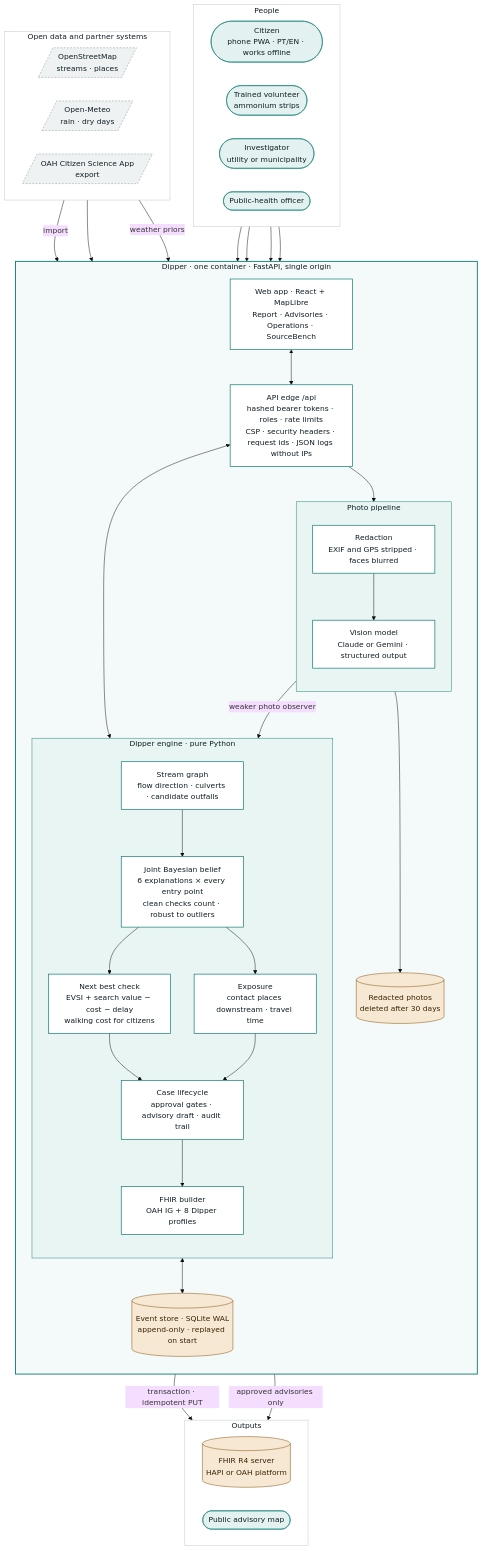
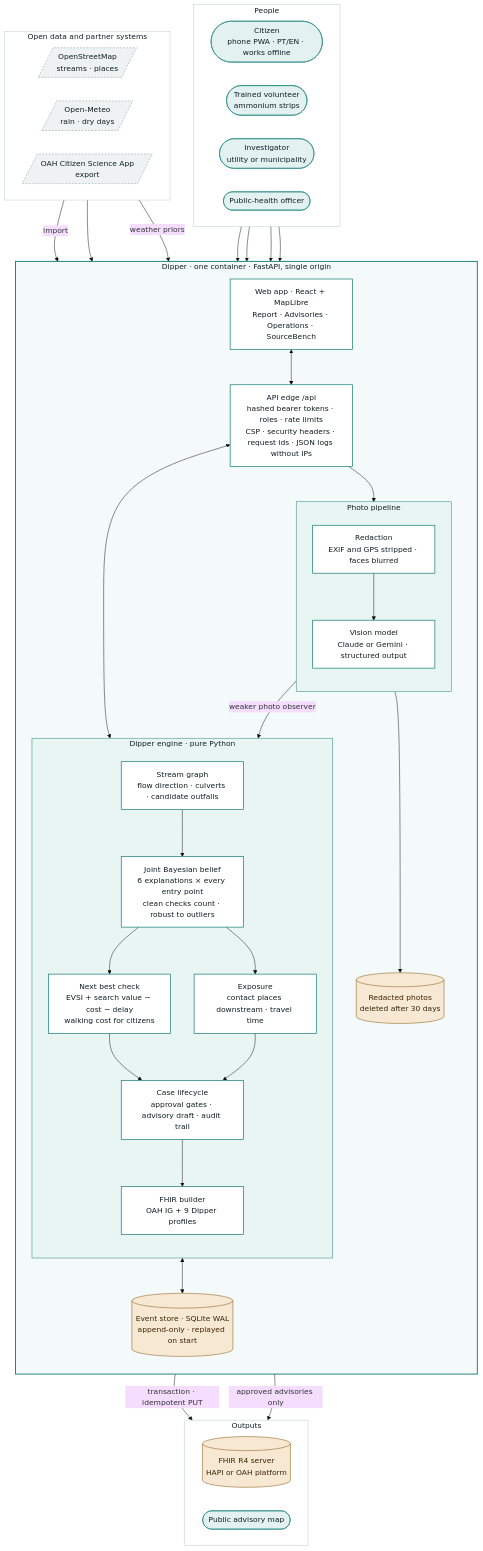
Before and after one commit to TusharTechs/dipper: the first of 3 diagrams in README.md, drawn with Mermaid (base theme). The commit also changed other lines of this file and 22 other files, not shown here.

````diff
--- a/README.md
+++ b/README.md
@@ -90,80 +90,80 @@
 ```mermaid
 flowchart TB
   subgraph people["People"]
     direction LR
     cit(["Citizen<br/>phone PWA · PT/EN · works offline"])
     vol(["Trained volunteer<br/>ammonium strips"])
     inv(["Investigator<br/>utility or municipality"])
     ph(["Public-health officer"])
   end
 
   subgraph dipper["Dipper · one container · FastAPI, single origin"]
     direction TB
     web["Web app · React + MapLibre<br/>Report · Advisories · Operations · SourceBench"]
     edge["API edge /api<br/>hashed bearer tokens · roles · rate limits<br/>CSP · security headers · request ids · JSON logs without IPs"]
 
     subgraph photo["Photo pipeline"]
       direction TB
       redact["Redaction<br/>EXIF and GPS stripped · faces blurred"]
       vision["Vision model<br/>Claude or Gemini · structured output"]
     end
 
     subgraph engine["Dipper engine · pure Python"]
       direction TB
       sgraph["Stream graph<br/>flow direction · culverts · candidate outfalls"]
       belief["Joint Bayesian belief<br/>6 explanations × every entry point<br/>clean checks count · robust to outliers"]
       voi["Next best check<br/>EVSI + search value − cost − delay<br/>walking cost for citizens"]
       expo["Exposure<br/>contact places downstream · travel time"]
       lifecycle["Case lifecycle<br/>approval gates · advisory draft · audit trail"]
-      fhirb["FHIR builder<br/>OAH IG + 8 Dipper profiles"]
+      fhirb["FHIR builder<br/>OAH IG + 9 Dipper profiles"]
     end
 
     store[("Event store · SQLite WAL<br/>append-only · replayed on start")]
     media[("Redacted photos<br/>deleted after 30 days")]
   end
 
   subgraph ext["Open data and partner systems"]
     direction LR
     osm[/"OpenStreetMap<br/>streams · places"/]
     meteo[/"Open-Meteo<br/>rain · dry days"/]
     oahapp[/"OAH Citizen Science App<br/>export"/]
   end
 
   subgraph out["Outputs"]
     direction LR
     fhirsrv[("FHIR R4 server<br/>HAPI or OAH platform")]
     map(["Public advisory map"])
   end
 
   cit & vol & inv & ph --> web
   web <--> edge
   oahapp -->|import| edge
   edge --> redact --> vision
   redact --> media
   vision -->|weaker photo observer| belief
   edge <--> lifecycle
   osm --> sgraph
   meteo -->|weather priors| belief
   sgraph --> belief
   belief --> voi & expo
   voi & expo --> lifecycle
   lifecycle <--> store
   lifecycle --> fhirb
   fhirb -->|transaction · idempotent PUT| fhirsrv
   lifecycle -->|approved advisories only| map
 
   classDef person fill:#E3F2F0,stroke:#157F78,color:#0F1E24
   classDef core fill:#FFFFFF,stroke:#157F78,stroke-width:1.5px,color:#0F1E24
   classDef data fill:#F6E8D2,stroke:#7F4A04,color:#3A2405
   classDef external fill:#EEF2F2,stroke:#7E9296,stroke-dasharray:4 3,color:#0F1E24
   class cit,vol,inv,ph,map person
   class web,edge,redact,vision,sgraph,belief,voi,expo,lifecycle,fhirb core
   class store,media,fhirsrv data
   class osm,meteo,oahapp external
   style dipper fill:#F4FAF9,stroke:#157F78,stroke-width:2px,color:#0F1E24
   style engine fill:#E9F5F3,stroke:#157F78,color:#0F1E24
   style photo fill:#E9F5F3,stroke:#157F78,color:#0F1E24
   style people fill:none,stroke:#B9C8C4,color:#0F1E24
   style ext fill:none,stroke:#B9C8C4,color:#0F1E24
   style out fill:none,stroke:#B9C8C4,color:#0F1E24
 ```
````
